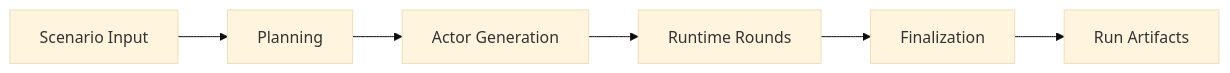
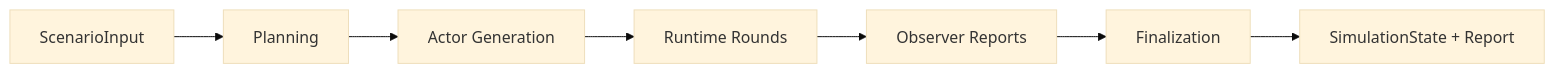
One commit to keonho-kim/simula changed the diagram in docs/workflows/README.md. Above: the diagram before and after it, drawn with Mermaid (base theme). The commit also changed other lines of this file and 20 other files, not shown here.

````diff
--- a/docs/workflows/README.md
+++ b/docs/workflows/README.md
@@ -8,8 +8,9 @@
 ```mermaid
 flowchart LR
-    Input["Scenario Input"] --> Planning["Planning"]
+    Input["ScenarioInput"] --> Planning["Planning"]
     Planning --> Generation["Actor Generation"]
     Generation --> Runtime["Runtime Rounds"]
-    Runtime --> Finalization["Finalization"]
-    Finalization --> Output["Run Artifacts"]
+    Runtime --> Observer["Observer Reports"]
+    Observer --> Finalization["Finalization"]
+    Finalization --> Output["SimulationState + Report"]
 ```
````
